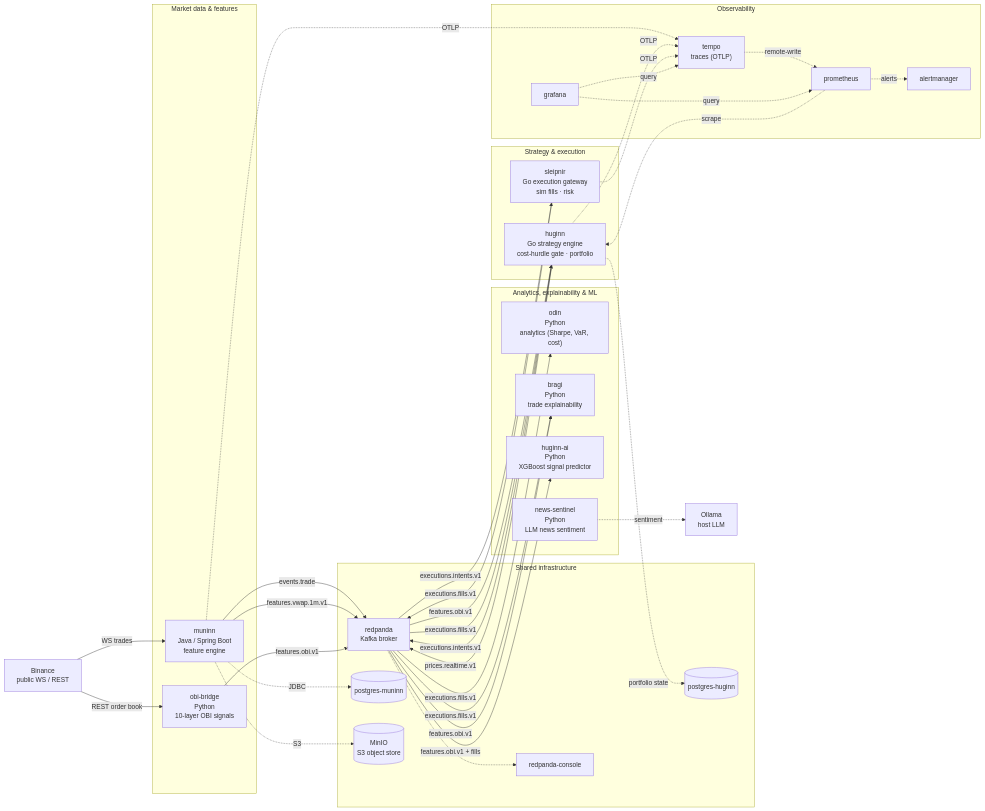
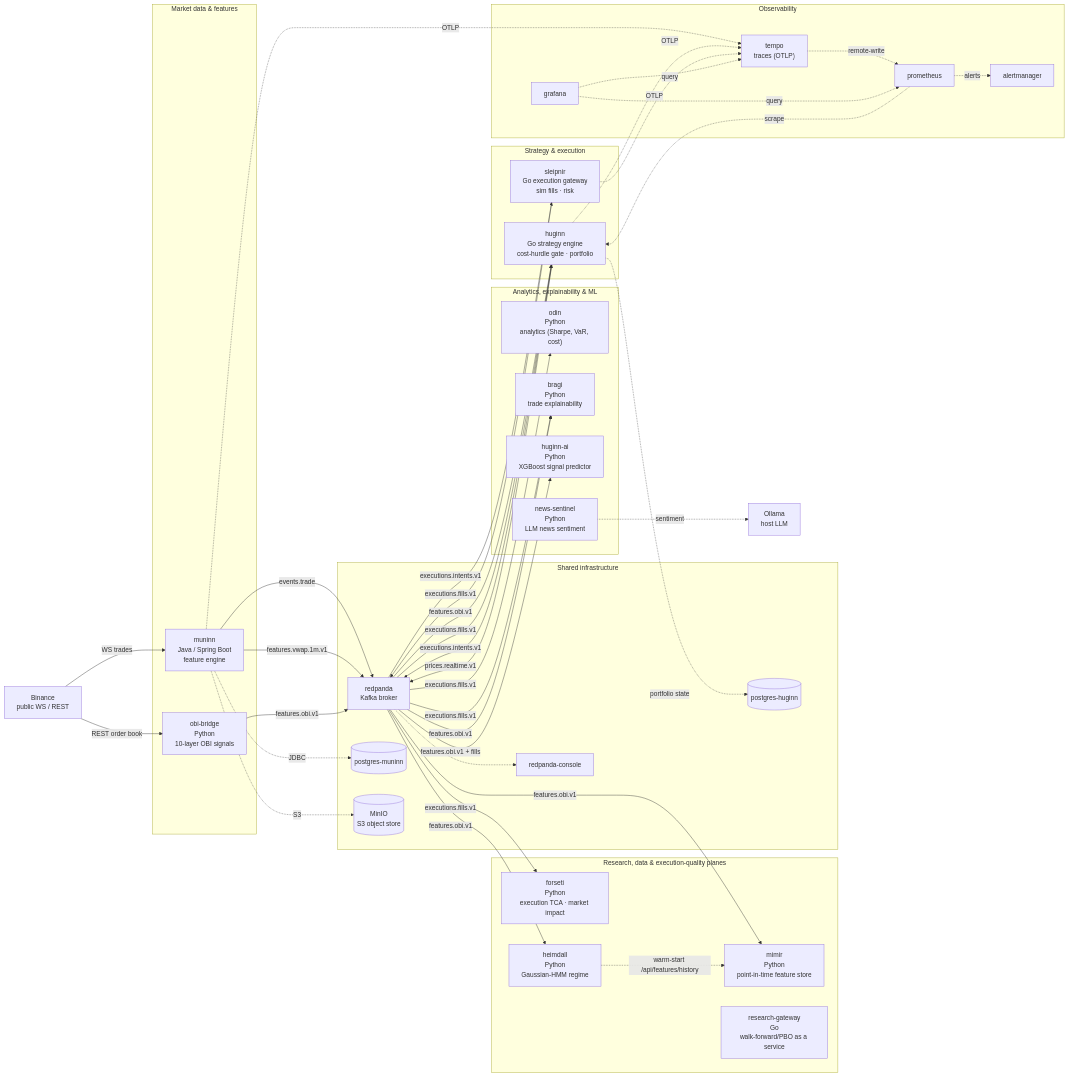
Before and after one commit to lgreene03/norse-stack: the first of 2 diagrams in docs/ARCHITECTURE.md, drawn with Mermaid. The commit also changed other lines of this file and 17 other files, not shown here.

```diff
--- a/docs/ARCHITECTURE.md
+++ b/docs/ARCHITECTURE.md
@@ -38,6 +40,13 @@
         bragi["bragi<br/>Python<br/>trade explainability"]
         huginnai["huginn-ai<br/>Python<br/>XGBoost signal predictor"]
         newssentinel["news-sentinel<br/>Python<br/>LLM news sentiment"]
+    end
+
+    subgraph planes["Research, data & execution-quality planes"]
+        mimir["mimir<br/>Python<br/>point-in-time feature store"]
+        research["research-gateway<br/>Go<br/>walk-forward/PBO as a service"]
+        forseti["forseti<br/>Python<br/>execution TCA · market impact"]
+        heimdall["heimdall<br/>Python<br/>Gaussian-HMM regime"]
     end
 
     subgraph infra["Shared infrastructure"]
@@ -79,6 +88,14 @@
     redpanda -->|"features.obi.v1 + fills"| huginnai
     redpanda -->|"features.obi.v1"| bragi
 
+    %% ── Platform planes: feature store, regime, execution-quality ───
+    redpanda -->|"features.obi.v1"| mimir
+    redpanda -->|"features.obi.v1"| heimdall
+    redpanda -->|"executions.fills.v1"| forseti
+    heimdall -.->|"warm-start /api/features/history"| mimir
+    %% research-gateway is a standalone sidecar: it replays a JSONL dataset over
+    %% HTTP (POST /api/research/runs), off the live Kafka path, so it has no topic edge.
+
     %% ── Synchronous deps (dashed) ───────────────────────────────────
     muninn -.->|JDBC| pgmuninn
     muninn -.->|S3| minio
```
